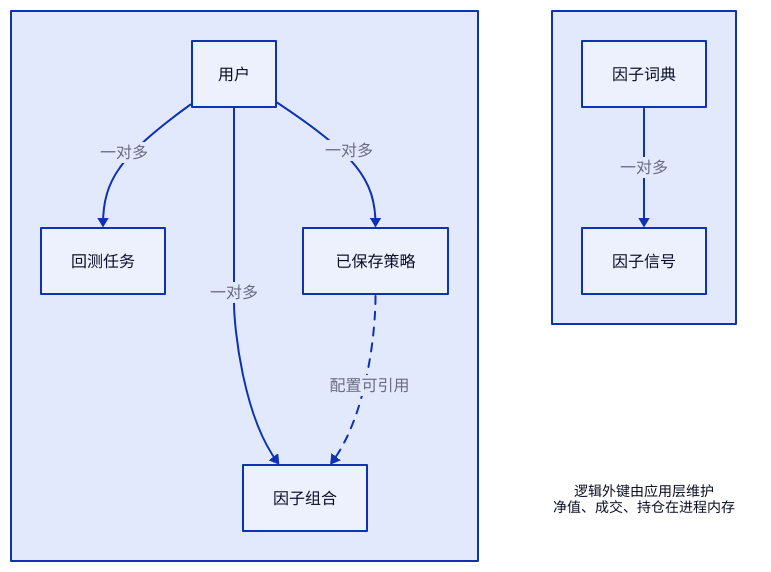
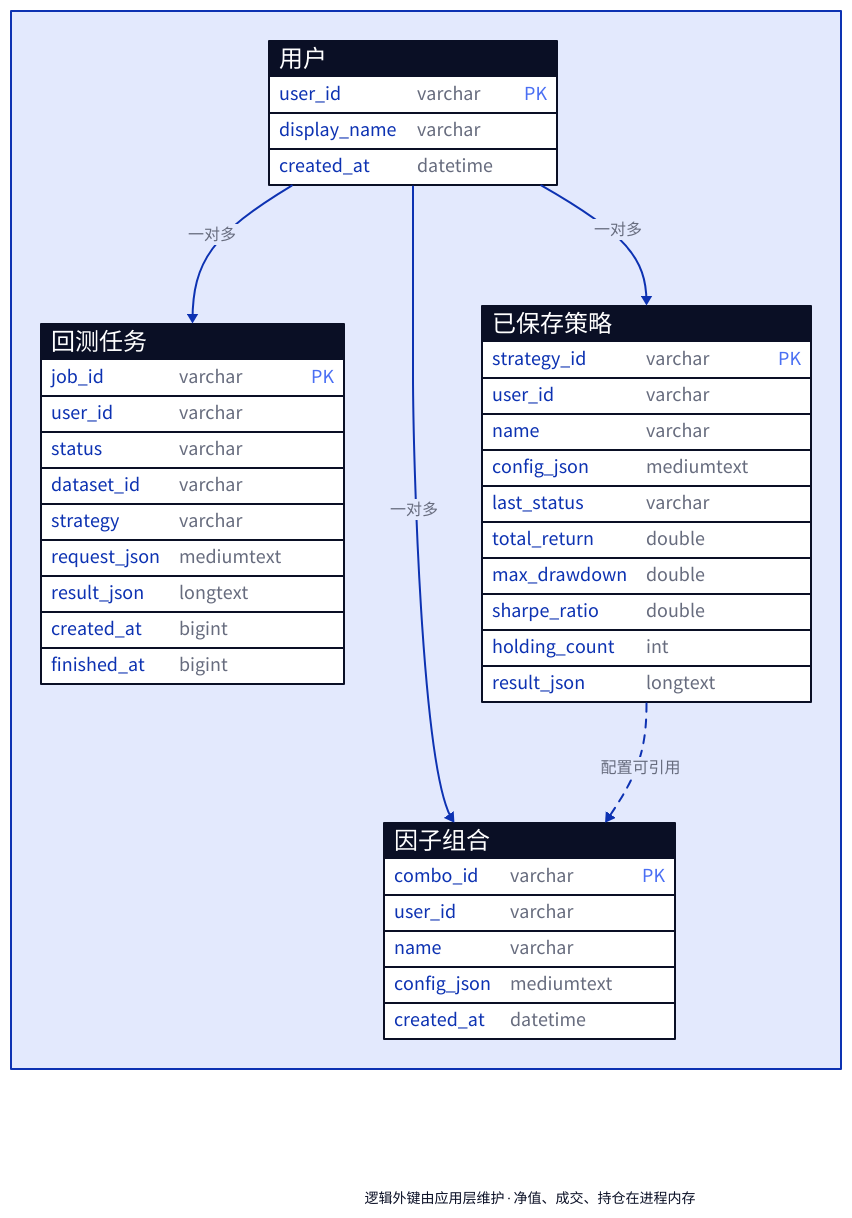
The diagram in diagrams/d2/er-business.d2 (Saka9527/gaoneng-quant), drawn with D2 before and after one commit. The commit also changed 2 other files, not shown here.

Commit message:
Show the main columns on the business tables and drop the factor pair.

```diff
--- a/diagrams/d2/er-business.d2
+++ b/diagrams/d2/er-business.d2
@@ -1,29 +1,57 @@
 direction: down
 
 owners: "" {
   direction: down
-  user: "用户"
-  jobs: "回测任务"
-  strategy: "已保存策略"
-  combo: "因子组合"
-  user -> jobs: 一对多
-  user -> strategy: 一对多
-  user -> combo: 一对多
-  strategy -> combo: 配置可引用 {style.stroke-dash: 4}
+  用户: {
+    shape: sql_table
+    user_id: varchar {constraint: primary_key}
+    display_name: varchar
+    created_at: datetime
+  }
+  回测任务: {
+    shape: sql_table
+    job_id: varchar {constraint: primary_key}
+    user_id: varchar
+    status: varchar
+    dataset_id: varchar
+    strategy: varchar
+    request_json: mediumtext
+    result_json: longtext
+    created_at: bigint
+    finished_at: bigint
+  }
+  已保存策略: {
+    shape: sql_table
+    strategy_id: varchar {constraint: primary_key}
+    user_id: varchar
+    name: varchar
+    config_json: mediumtext
+    last_status: varchar
+    total_return: double
+    max_drawdown: double
+    sharpe_ratio: double
+    holding_count: int
+    result_json: longtext
+  }
+  因子组合: {
+    shape: sql_table
+    combo_id: varchar {constraint: primary_key}
+    user_id: varchar
+    name: varchar
+    config_json: mediumtext
+    created_at: datetime
+  }
+  用户 -> 回测任务: 一对多
+  用户 -> 已保存策略: 一对多
+  用户 -> 因子组合: 一对多
+  已保存策略 -> 因子组合: 配置可引用 {style.stroke-dash: 4}
 }
 
-factors: "" {
-  direction: right
-  factor: "因子词典"
-  signal: "因子信号"
-  factor -> signal: 一对多
-}
-
-factors -> note: "" {
+owners -> note: "" {
   style.opacity: 0
 }
 
-note: "逻辑外键由应用层维护\n净值、成交、持仓在进程内存" {
+note: "逻辑外键由应用层维护 · 净值、成交、持仓在进程内存" {
   shape: text
   style.font-size: 14
 }
```
